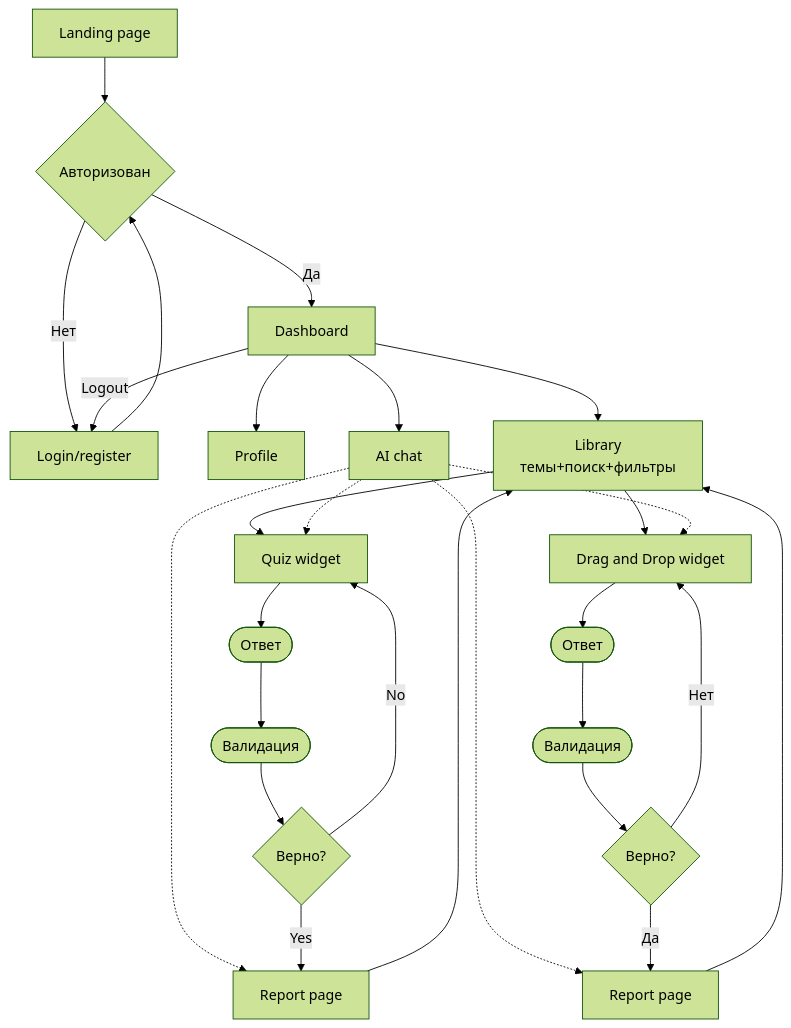
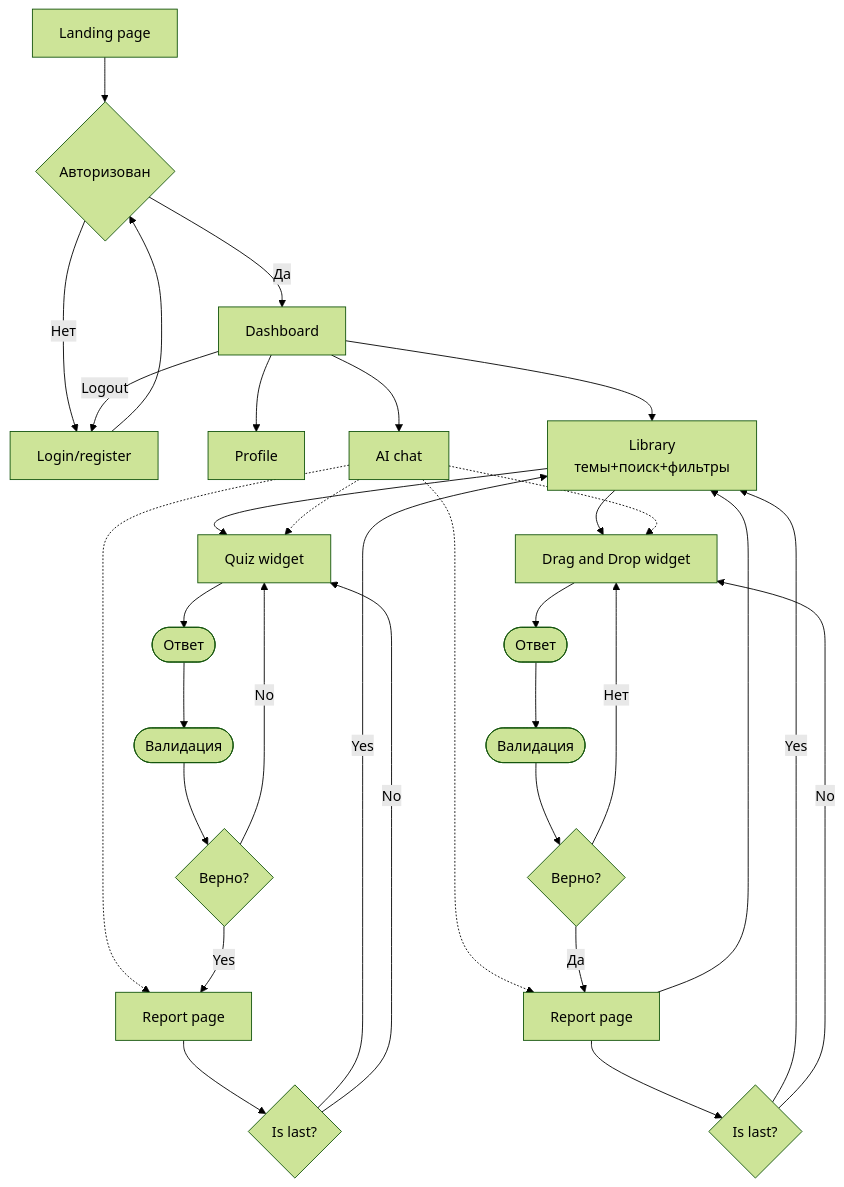
The diagram in docs/user-flow/user-flow-diagram.md (jsgods-rs-tandem/rs-tandem), drawn with Mermaid (forest theme) before and after one commit.

Commit message:
feat: add checking to see if the question is last

````diff
--- a/docs/user-flow/user-flow-diagram.md
+++ b/docs/user-flow/user-flow-diagram.md
@@ -1,62 +1,72 @@
 ```mermaid
 graph TD
     %% Nodes
     Landing[Landing page]
     Auth{Авторизован}
     Login[Login/register]
     Dashboard[Dashboard]
     Profile[Profile]
     Library[Library<br/>темы+поиск+фильтры]
     AIChat[AI chat]
     Quiz[Quiz widget]
     DnD[Drag and Drop widget]
     QuizAnswer([Ответ])
     QuizValidation([Валидация])
     QuizCorrect{Верно?}
     QuizReport[Report page]
+    QuizIsLast{Is last?}
     DnDAnswer([Ответ])
     DnDValidation([Валидация])
     DnDCorrect{Верно?}
     DnDReport[Report page]
+    DnDIsLast{Is last?}
 
     %% Connections
     Landing --> Auth
     
     Auth -- Нет --> Login
     Auth -- Да --> Dashboard
     
     Login --> Auth
     
     Dashboard -- Logout --> Login
     Dashboard --> Profile
     Dashboard --> Library
     Dashboard --> AIChat
 
     Library --> Quiz
     Library --> DnD
 
     AIChat -.-> Quiz
     AIChat -.-> DnD
     AIChat -.-> DnDReport
     AIChat -.-> QuizReport
 
     Quiz --> QuizAnswer
 
     QuizAnswer --> QuizValidation
     QuizValidation --> QuizCorrect
 
     QuizCorrect -- No --> Quiz
     QuizCorrect -- Yes --> QuizReport
-    QuizReport --> Library
+
+    QuizReport --> QuizIsLast
+
+    QuizIsLast -- Yes --> Library
+    QuizIsLast -- No --> Quiz
 
     DnD --> DnDAnswer
 
     DnDAnswer --> DnDValidation
 
     DnDValidation --> DnDCorrect
 
     DnDCorrect -- Нет --> DnD
     DnDCorrect -- Да --> DnDReport
 
     DnDReport --> Library
+    DnDReport --> DnDIsLast
+
+    DnDIsLast -- Yes --> Library
+    DnDIsLast -- No --> DnD
 ```
````
